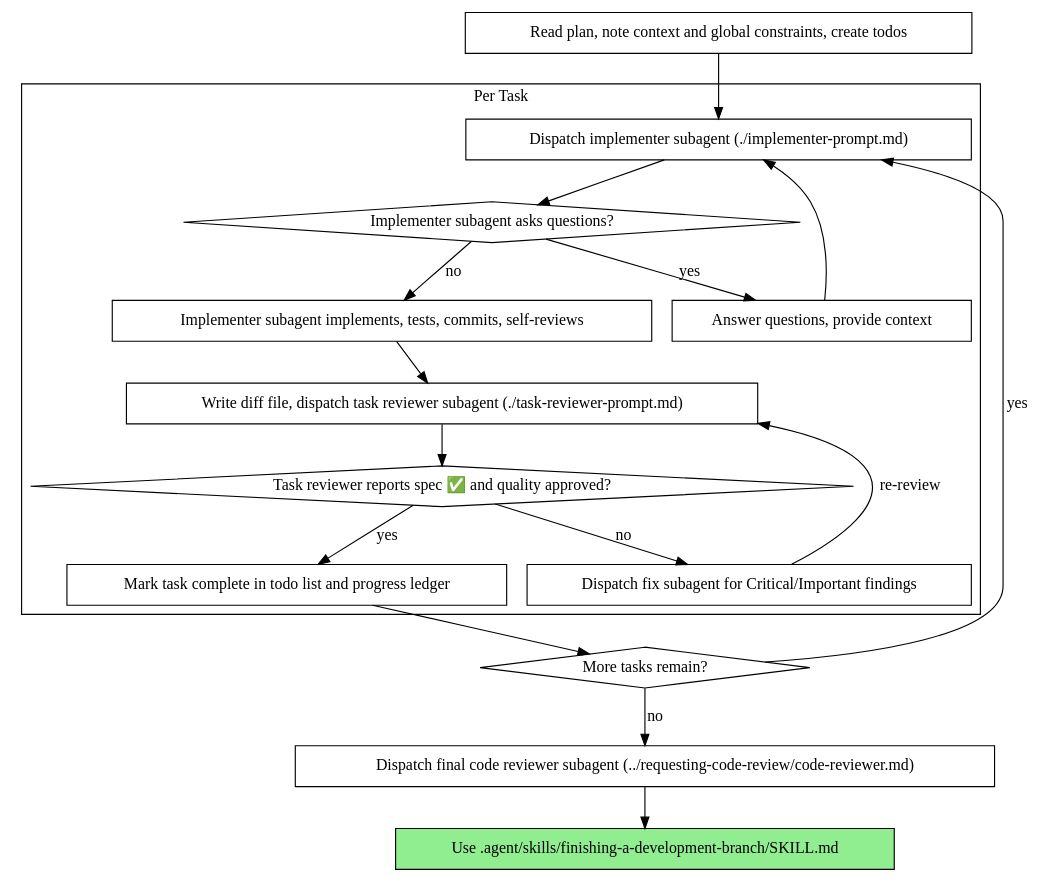
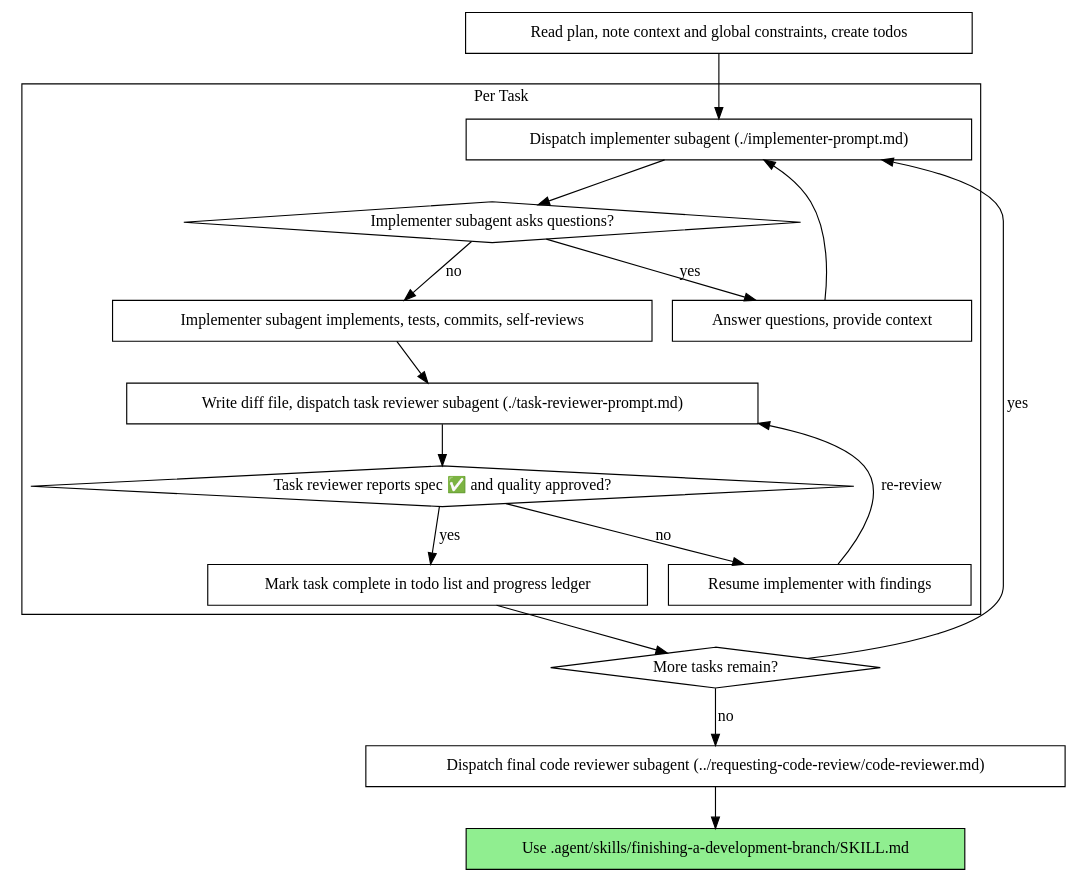
The second of 2 diagrams in .antigravity-plugin/.agent/skills/subagent-driven-development/SKILL.md (kronflux/superpowers), drawn with Graphviz before and after one commit. The commit also changed 2 other files, not shown here.

Commit message:
chore: overlay catch-up for the fix-round reconciliation
The fix-round branch changed SKILL.md, implementer-prompt.md, and
codex-tools.md but was told not to regenerate the overlay, on the reasoning
that the controller would do it once atomically. Then it merged without
that step, leaving main carrying a mirror that still described the old
dispatch-a-fix-subagent flow.

Committed from the already-regenerated working tree rather than re-running
sync-to-antigravity.sh: that script clears the tree before rebuilding, and
a `git add` inside that window stages deletions — which is how an earlier
commit on this branch removed 21 overlay files while claiming to
regenerate them. Three implementers are active right now, so the window is
not one to open.

````diff
--- a/.antigravity-plugin/.agent/skills/subagent-driven-development/SKILL.md
+++ b/.antigravity-plugin/.agent/skills/subagent-driven-development/SKILL.md
@@ -51,37 +51,37 @@
 ```dot
 digraph process {
     rankdir=TB;
 
     subgraph cluster_per_task {
         label="Per Task";
         "Dispatch implementer subagent (./implementer-prompt.md)" [shape=box];
         "Implementer subagent asks questions?" [shape=diamond];
         "Answer questions, provide context" [shape=box];
         "Implementer subagent implements, tests, commits, self-reviews" [shape=box];
         "Write diff file, dispatch task reviewer subagent (./task-reviewer-prompt.md)" [shape=box];
         "Task reviewer reports spec ✅ and quality approved?" [shape=diamond];
-        "Dispatch fix subagent for Critical/Important findings" [shape=box];
+        "Resume implementer with findings" [shape=box];
         "Mark task complete in todo list and progress ledger" [shape=box];
     }
 
     "Read plan, note context and global constraints, create todos" [shape=box];
     "More tasks remain?" [shape=diamond];
     "Dispatch final code reviewer subagent (../requesting-code-review/code-reviewer.md)" [shape=box];
     "Use .agent/skills/finishing-a-development-branch/SKILL.md" [shape=box style=filled fillcolor=lightgreen];
 
     "Read plan, note context and global constraints, create todos" -> "Dispatch implementer subagent (./implementer-prompt.md)";
     "Dispatch implementer subagent (./implementer-prompt.md)" -> "Implementer subagent asks questions?";
     "Implementer subagent asks questions?" -> "Answer questions, provide context" [label="yes"];
     "Answer questions, provide context" -> "Dispatch implementer subagent (./implementer-prompt.md)";
     "Implementer subagent asks questions?" -> "Implementer subagent implements, tests, commits, self-reviews" [label="no"];
     "Implementer subagent implements, tests, commits, self-reviews" -> "Write diff file, dispatch task reviewer subagent (./task-reviewer-prompt.md)";
     "Write diff file, dispatch task reviewer subagent (./task-reviewer-prompt.md)" -> "Task reviewer reports spec ✅ and quality approved?";
-    "Task reviewer reports spec ✅ and quality approved?" -> "Dispatch fix subagent for Critical/Important findings" [label="no"];
-    "Dispatch fix subagent for Critical/Important findings" -> "Write diff file, dispatch task reviewer subagent (./task-reviewer-prompt.md)" [label="re-review"];
+    "Task reviewer reports spec ✅ and quality approved?" -> "Resume implementer with findings" [label="no"];
+    "Resume implementer with findings" -> "Write diff file, dispatch task reviewer subagent (./task-reviewer-prompt.md)" [label="re-review"];
     "Task reviewer reports spec ✅ and quality approved?" -> "Mark task complete in todo list and progress ledger" [label="yes"];
     "Mark task complete in todo list and progress ledger" -> "More tasks remain?";
     "More tasks remain?" -> "Dispatch implementer subagent (./implementer-prompt.md)" [label="yes"];
     "More tasks remain?" -> "Dispatch final code reviewer subagent (../requesting-code-review/code-reviewer.md)" [label="no"];
     "Dispatch final code reviewer subagent (../requesting-code-review/code-reviewer.md)" -> "Use .agent/skills/finishing-a-development-branch/SKILL.md";
 }
 ```
````
